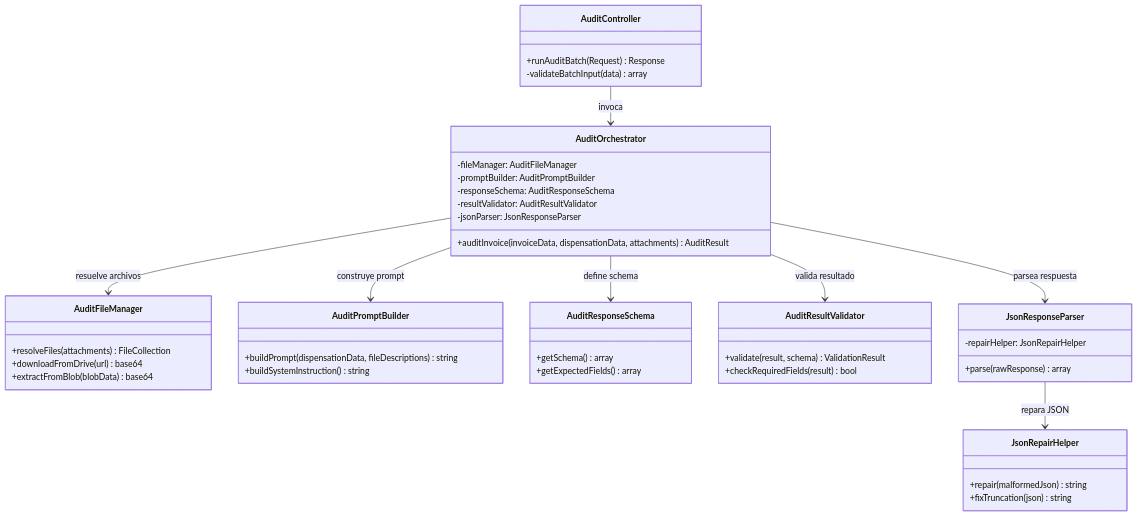
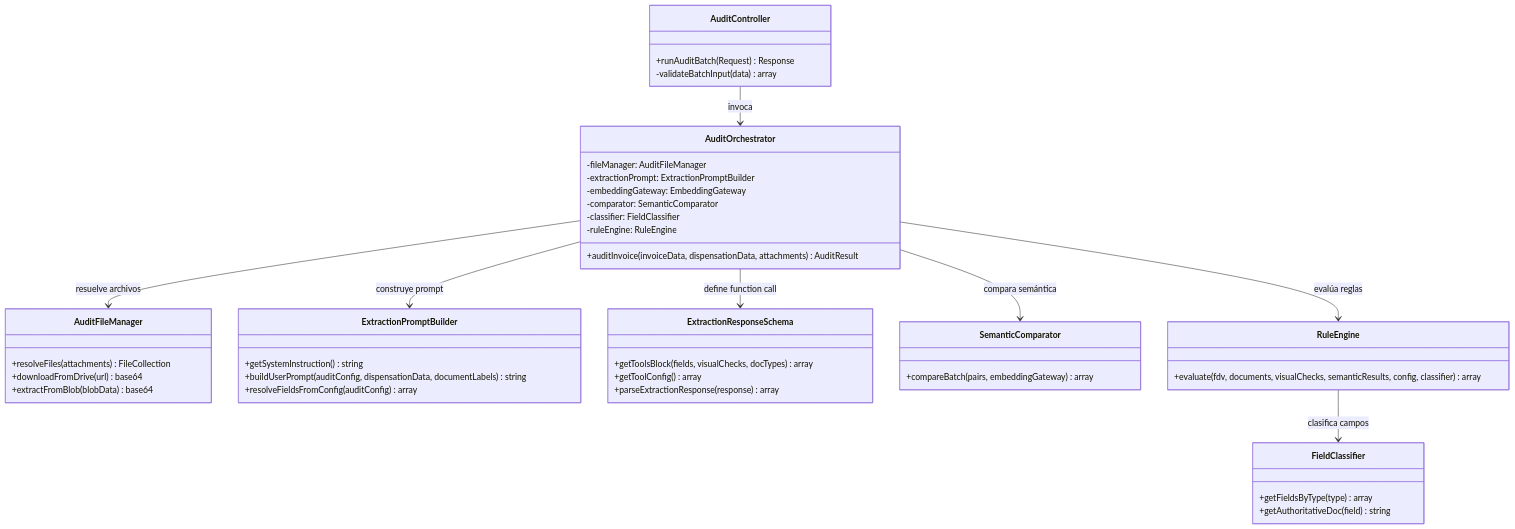
Before and after one commit to jfrem/AudFact: the fourth of 4 diagrams in plans/architecture-diagrams.md, drawn with Mermaid. The commit also changed 21 other files, not shown here.

First line of the commit message:
feat: implement clean audit pipeline v4 — RuleEngine, ExtractionPromptBuilder, FieldClassifier, SemanticComparator refactor

````diff
--- a/plans/architecture-diagrams.md
+++ b/plans/architecture-diagrams.md
@@ -96,55 +96,56 @@
 ```mermaid
 classDiagram
     class AuditController {
         +runAuditBatch(Request) Response
         -validateBatchInput(data) array
     }
 
     class AuditOrchestrator {
         -fileManager: AuditFileManager
-        -promptBuilder: AuditPromptBuilder
-        -responseSchema: AuditResponseSchema
-        -resultValidator: AuditResultValidator
-        -jsonParser: JsonResponseParser
+        -extractionPrompt: ExtractionPromptBuilder
+        -embeddingGateway: EmbeddingGateway
+        -comparator: SemanticComparator
+        -classifier: FieldClassifier
+        -ruleEngine: RuleEngine
         +auditInvoice(invoiceData, dispensationData, attachments) AuditResult
     }
 
     class AuditFileManager {
         +resolveFiles(attachments) FileCollection
         +downloadFromDrive(url) base64
         +extractFromBlob(blobData) base64
     }
 
-    class AuditPromptBuilder {
-        +buildPrompt(dispensationData, fileDescriptions) string
-        +buildSystemInstruction() string
+    class ExtractionPromptBuilder {
+        +getSystemInstruction() string
+        +buildUserPrompt(auditConfig, dispensationData, documentLabels) string
+        +resolveFieldsFromConfig(auditConfig) array
     }
 
-    class AuditResponseSchema {
-        +getSchema() array
-        +getExpectedFields() array
+    class ExtractionResponseSchema {
+        +getToolsBlock(fields, visualChecks, docTypes) array
+        +getToolConfig() array
+        +parseExtractionResponse(response) array
     }
 
-    class AuditResultValidator {
-        +validate(result, schema) ValidationResult
-        +checkRequiredFields(result) bool
+    class SemanticComparator {
+        +compareBatch(pairs, embeddingGateway) array
     }
 
-    class JsonResponseParser {
-        -repairHelper: JsonRepairHelper
-        +parse(rawResponse) array
+    class RuleEngine {
+        +evaluate(fdv, documents, visualChecks, semanticResults, config, classifier) array
     }
 
-    class JsonRepairHelper {
-        +repair(malformedJson) string
-        +fixTruncation(json) string
+    class FieldClassifier {
+        +getFieldsByType(type) array
+        +getAuthoritativeDoc(field) string
     }
 
     AuditController --> AuditOrchestrator : invoca
     AuditOrchestrator --> AuditFileManager : resuelve archivos
-    AuditOrchestrator --> AuditPromptBuilder : construye prompt
-    AuditOrchestrator --> AuditResponseSchema : define schema
-    AuditOrchestrator --> AuditResultValidator : valida resultado
-    AuditOrchestrator --> JsonResponseParser : parsea respuesta
-    JsonResponseParser --> JsonRepairHelper : repara JSON
+    AuditOrchestrator --> ExtractionPromptBuilder : construye prompt
+    AuditOrchestrator --> ExtractionResponseSchema : define function call
+    AuditOrchestrator --> SemanticComparator : compara semántica
+    AuditOrchestrator --> RuleEngine : evalúa reglas
+    RuleEngine --> FieldClassifier : clasifica campos
 ```
````
